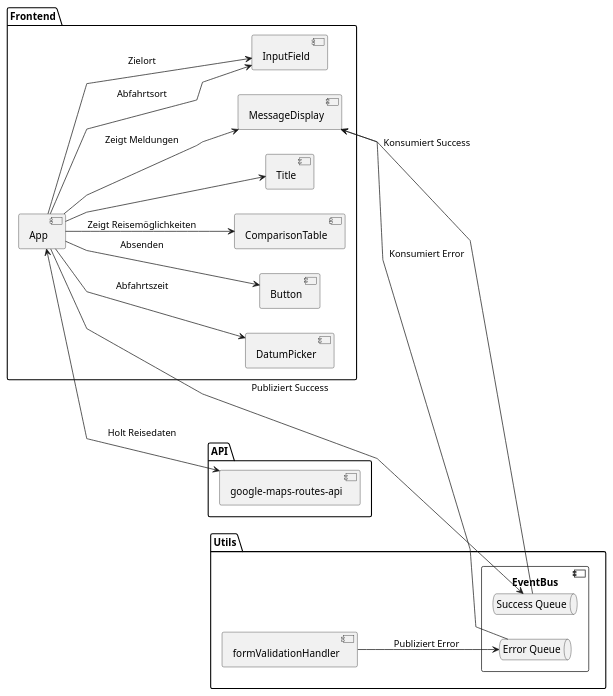
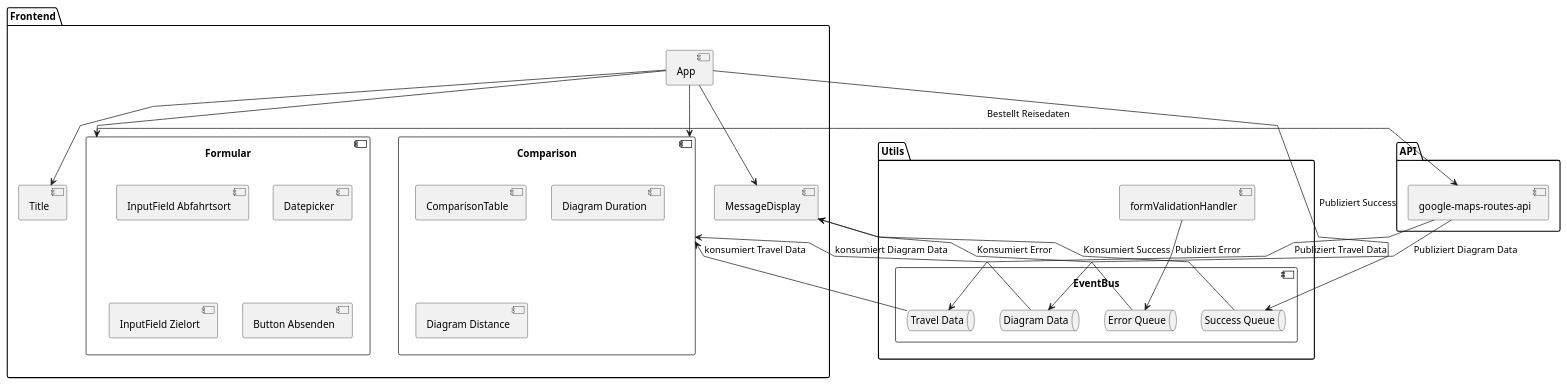
Before and after one commit to roumanch-777/verkehrsmittelvergleich-johannes-roman: the diagram in app/ComponentDiagram.puml, drawn with PlantUML. The commit also changed 17 other files, not shown here.

```diff
--- a/app/ComponentDiagram.puml
+++ b/app/ComponentDiagram.puml
@@ -1,32 +1,47 @@
 @startuml
-left to right direction
 skinparam linetype polyline
 package "Frontend" {
     [App] --> [Title]
-    [App] --> [MessageDisplay] : "Zeigt Meldungen"
-    [App] --> [InputField] : "Abfahrtsort"
-    [App] --> [InputField] : "Zielort"
-    [App] --> [DatumPicker] : "Abfahrtszeit"
-    [App] --> [Button] : "Absenden"
-    [App] --> [ComparisonTable] : "Zeigt Reisemöglichkeiten"
+    [App] --> [MessageDisplay]
+    [App] --> [Formular]
+    [App] --> [Comparison]
+}
+
+component "Formular" {
+    [InputField Abfahrtsort]
+    [Datepicker]
+    [InputField Zielort]
+    [Button Absenden]
+}
+
+component "Comparison" {
+    [ComparisonTable]
+    [Diagram Duration]
+    [Diagram Distance]
 }
 
 package "Utils" {
     component "EventBus" {
     queue "Success Queue" as SuccessQueue
     queue "Error Queue" as ErrorQueue
+    queue "Travel Data" as TravelData
+    queue "Diagram Data" as DiagramData
 }
-
 
     [App] --> SuccessQueue : "Publiziert Success"
     [formValidationHandler] --> ErrorQueue : "Publiziert Error"
 
     [MessageDisplay] <-- SuccessQueue : "Konsumiert Success"
     [MessageDisplay] <-- ErrorQueue : "Konsumiert Error"
 }
 
 package "API" {
     [google-maps-routes-api]
-    [App] <--> [google-maps-routes-api] : "Holt Reisedaten"
+    [Formular] --> [google-maps-routes-api] : "Bestellt Reisedaten"
+    [google-maps-routes-api] --> [TravelData] : "Publiziert Travel Data"
+    [google-maps-routes-api] --> [DiagramData] : "Publiziert Diagram Data"
 }
+
+[TravelData] --> [Comparison] : "konsumiert Travel Data"
+[DiagramData] --> [Comparison] : "konsumiert Diagram Data"
 @enduml
```
